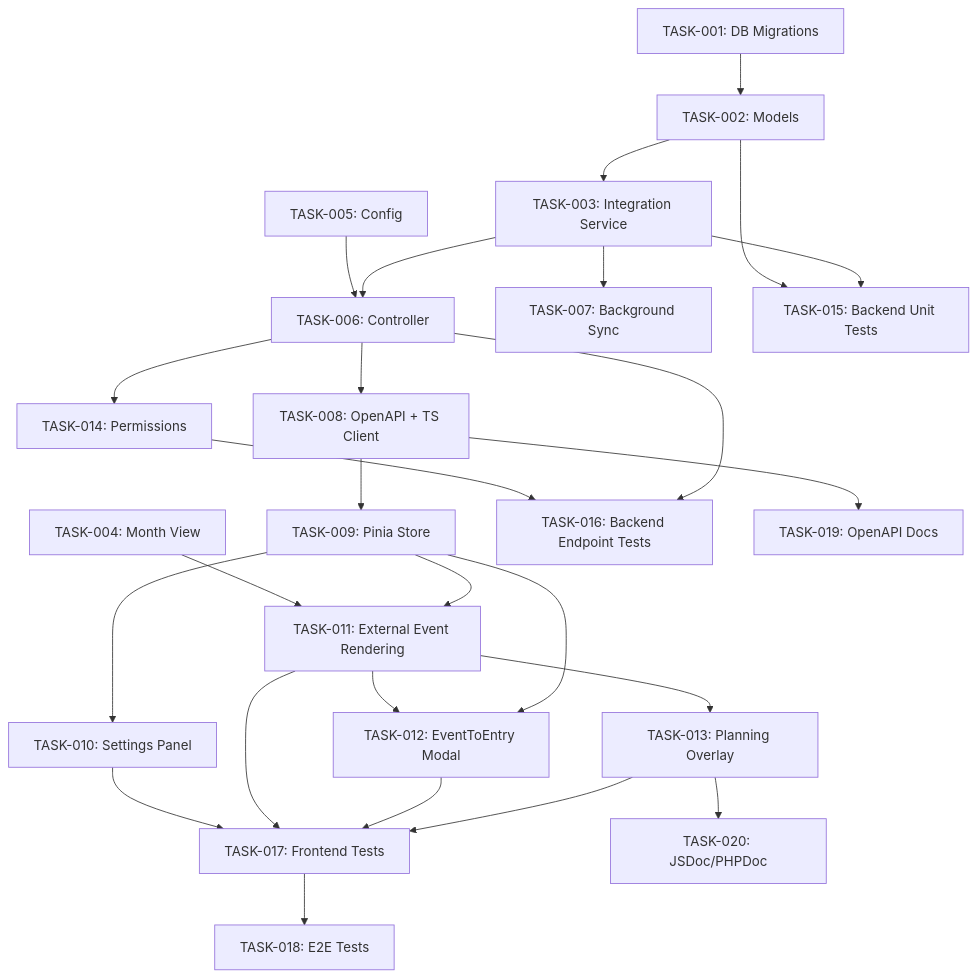
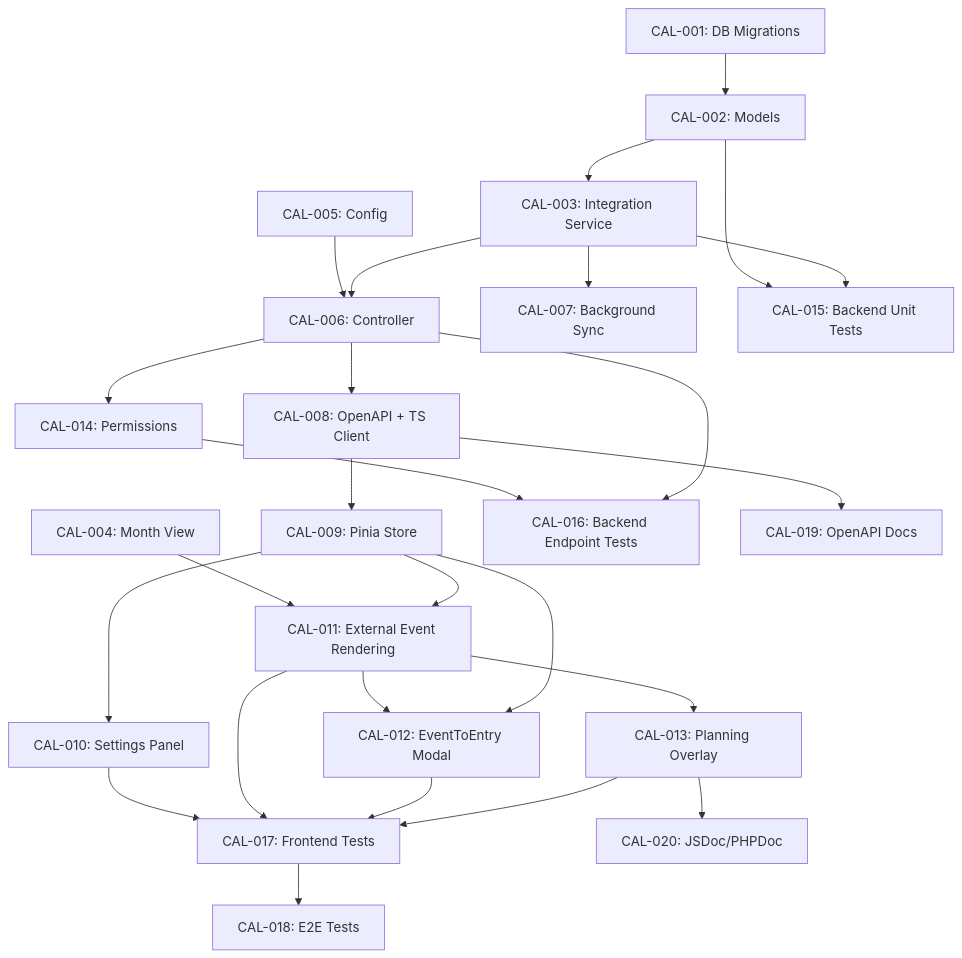
Before and after one commit to kevoyer-nqb/solidtime: the diagram in .features/05-calendar-enhanced/task_assignments_20260206.md, drawn with Mermaid. The commit also changed other lines of this file and 9 other files, not shown here.

````diff
--- a/.features/05-calendar-enhanced/task_assignments_20260206.md
+++ b/.features/05-calendar-enhanced/task_assignments_20260206.md
@@ -90,28 +92,28 @@
 ```mermaid
 graph TD
-    TASK-001[TASK-001: DB Migrations] --> TASK-002[TASK-002: Models]
-    TASK-002 --> TASK-003[TASK-003: Integration Service]
-    TASK-005[TASK-005: Config] --> TASK-006[TASK-006: Controller]
-    TASK-003 --> TASK-006
-    TASK-003 --> TASK-007[TASK-007: Background Sync]
-    TASK-006 --> TASK-008[TASK-008: OpenAPI + TS Client]
-    TASK-006 --> TASK-014[TASK-014: Permissions]
-    TASK-008 --> TASK-009[TASK-009: Pinia Store]
-    TASK-009 --> TASK-010[TASK-010: Settings Panel]
-    TASK-004[TASK-004: Month View] --> TASK-011[TASK-011: External Event Rendering]
-    TASK-009 --> TASK-011
-    TASK-011 --> TASK-012[TASK-012: EventToEntry Modal]
-    TASK-009 --> TASK-012
-    TASK-011 --> TASK-013[TASK-013: Planning Overlay]
-    TASK-002 --> TASK-015[TASK-015: Backend Unit Tests]
-    TASK-003 --> TASK-015
-    TASK-014 --> TASK-016[TASK-016: Backend Endpoint Tests]
-    TASK-006 --> TASK-016
-    TASK-010 --> TASK-017[TASK-017: Frontend Tests]
-    TASK-011 --> TASK-017
-    TASK-012 --> TASK-017
-    TASK-013 --> TASK-017
-    TASK-017 --> TASK-018[TASK-018: E2E Tests]
-    TASK-008 --> TASK-019[TASK-019: OpenAPI Docs]
-    TASK-013 --> TASK-020[TASK-020: JSDoc/PHPDoc]
+    CAL-001[CAL-001: DB Migrations] --> CAL-002[CAL-002: Models]
+    CAL-002 --> CAL-003[CAL-003: Integration Service]
+    CAL-005[CAL-005: Config] --> CAL-006[CAL-006: Controller]
+    CAL-003 --> CAL-006
+    CAL-003 --> CAL-007[CAL-007: Background Sync]
+    CAL-006 --> CAL-008[CAL-008: OpenAPI + TS Client]
+    CAL-006 --> CAL-014[CAL-014: Permissions]
+    CAL-008 --> CAL-009[CAL-009: Pinia Store]
+    CAL-009 --> CAL-010[CAL-010: Settings Panel]
+    CAL-004[CAL-004: Month View] --> CAL-011[CAL-011: External Event Rendering]
+    CAL-009 --> CAL-011
+    CAL-011 --> CAL-012[CAL-012: EventToEntry Modal]
+    CAL-009 --> CAL-012
+    CAL-011 --> CAL-013[CAL-013: Planning Overlay]
+    CAL-002 --> CAL-015[CAL-015: Backend Unit Tests]
+    CAL-003 --> CAL-015
+    CAL-014 --> CAL-016[CAL-016: Backend Endpoint Tests]
+    CAL-006 --> CAL-016
+    CAL-010 --> CAL-017[CAL-017: Frontend Tests]
+    CAL-011 --> CAL-017
+    CAL-012 --> CAL-017
+    CAL-013 --> CAL-017
+    CAL-017 --> CAL-018[CAL-018: E2E Tests]
+    CAL-008 --> CAL-019[CAL-019: OpenAPI Docs]
+    CAL-013 --> CAL-020[CAL-020: JSDoc/PHPDoc]
 ```
````
